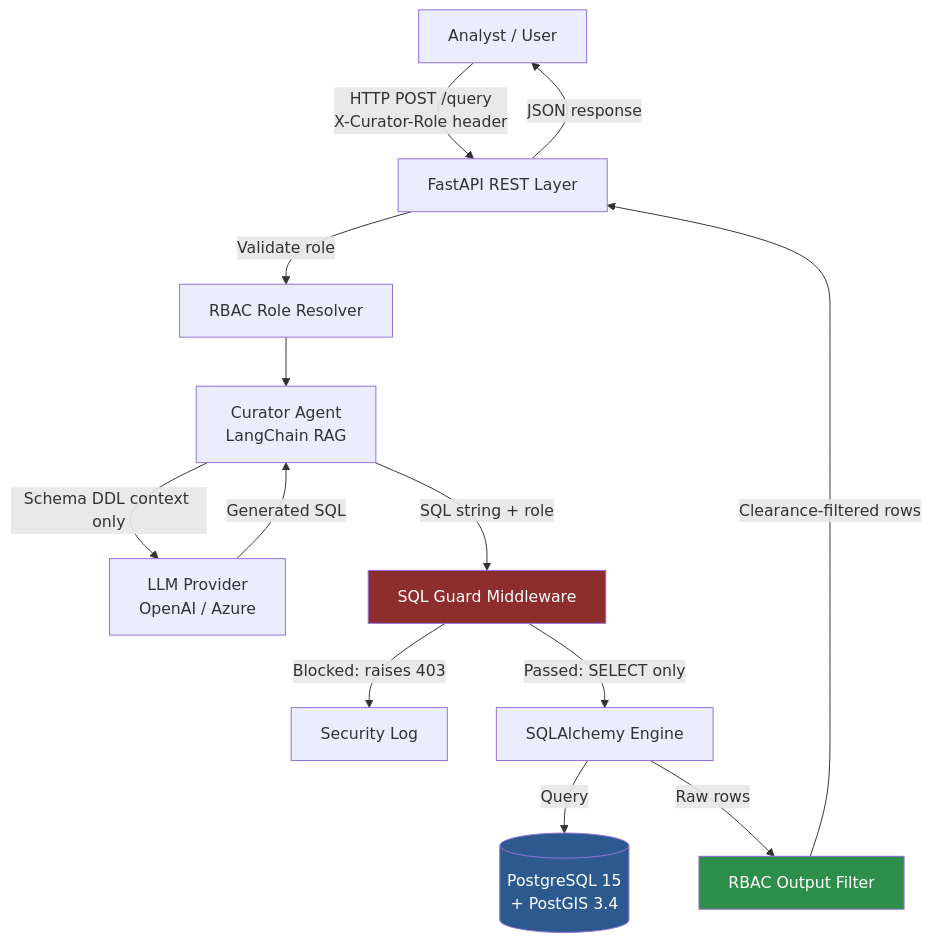
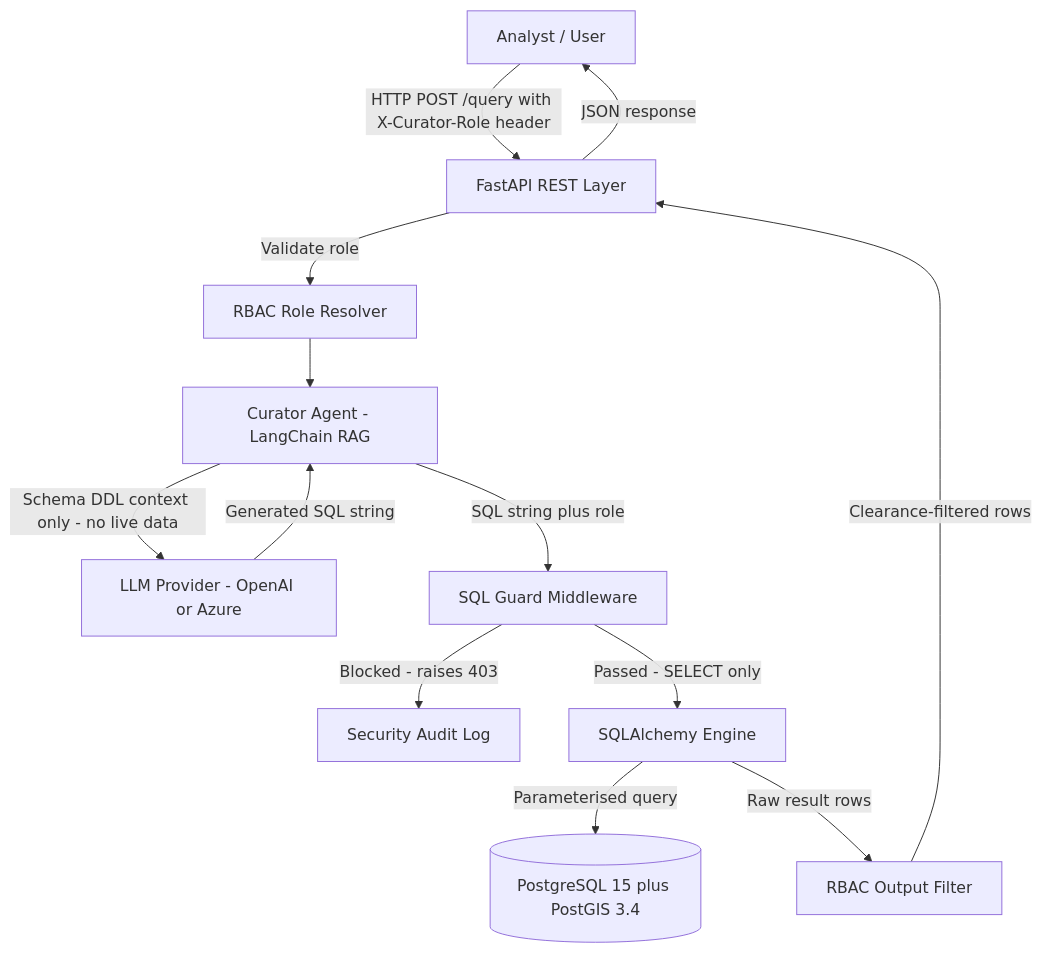
One commit to DXCSithlordPadawan/curator changed the first of 3 diagrams in docs/ARCHITECTURE.md. Above: the diagram before and after it, drawn with Mermaid. The commit also changed other lines of this file and 14 other files, not shown here.

````diff
--- a/docs/ARCHITECTURE.md
+++ b/docs/ARCHITECTURE.md
@@ -18,19 +21,15 @@
 ```mermaid
 flowchart TD
-    A[Analyst / User] -->|HTTP POST /query\nX-Curator-Role header| B[FastAPI REST Layer]
+    A[Analyst / User] -->|HTTP POST /query with X-Curator-Role header| B[FastAPI REST Layer]
     B -->|Validate role| C[RBAC Role Resolver]
-    C --> D[Curator Agent\nLangChain RAG]
-    D -->|Schema DDL context only| E[LLM Provider\nOpenAI / Azure]
-    E -->|Generated SQL| D
-    D -->|SQL string + role| F[SQL Guard Middleware]
-    F -->|Blocked: raises 403| G[Security Log]
-    F -->|Passed: SELECT only| H[SQLAlchemy Engine]
-    H -->|Query| I[(PostgreSQL 15\n+ PostGIS 3.4)]
-    H -->|Raw rows| J[RBAC Output Filter]
+    C --> D[Curator Agent - LangChain RAG]
+    D -->|Schema DDL context only - no live data| E[LLM Provider - OpenAI or Azure]
+    E -->|Generated SQL string| D
+    D -->|SQL string plus role| F[SQL Guard Middleware]
+    F -->|Blocked - raises 403| G[Security Audit Log]
+    F -->|Passed - SELECT only| H[SQLAlchemy Engine]
+    H -->|Parameterised query| I[(PostgreSQL 15 plus PostGIS 3.4)]
+    H -->|Raw result rows| J[RBAC Output Filter]
     J -->|Clearance-filtered rows| B
     B -->|JSON response| A
-
-    style I fill:#2d5a8e,color:#fff
-    style F fill:#8e2d2d,color:#fff
-    style J fill:#2d8e4a,color:#fff
 ```
````
